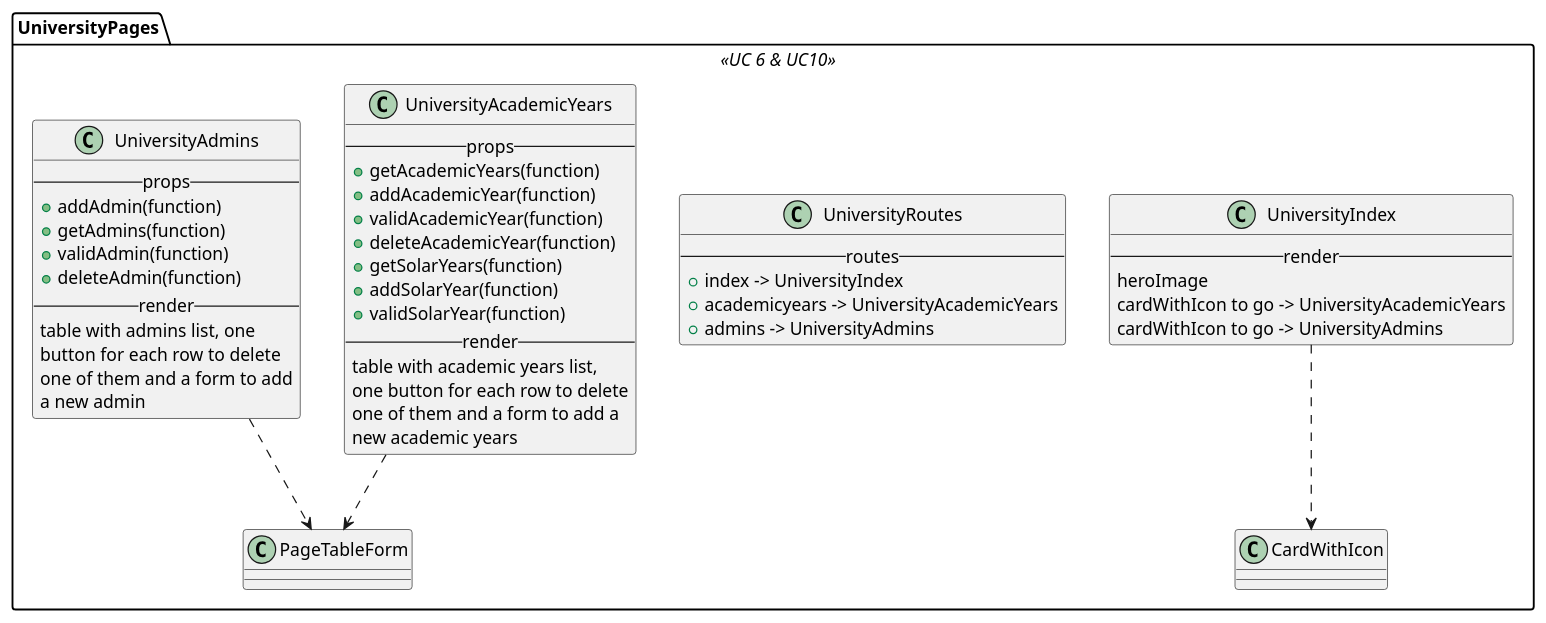
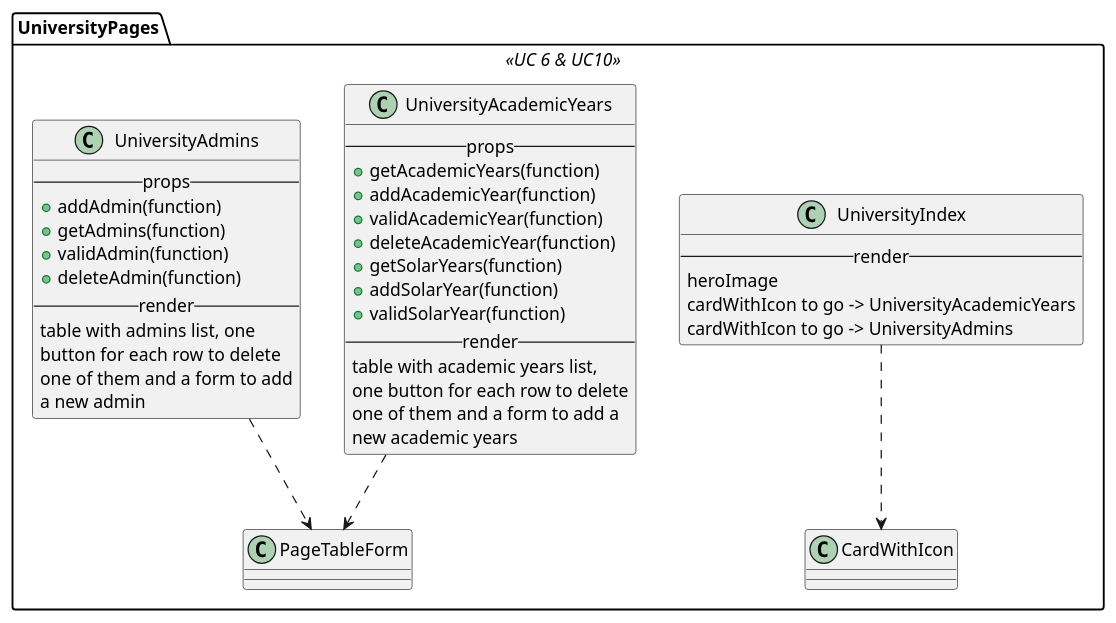
Before and after one commit to M9k/Marvin-Uml: the diagram in react/university/index.iuml, drawn with PlantUML. The commit also changed 11 other files, not shown here.

```diff
--- a/react/university/index.iuml
+++ b/react/university/index.iuml
@@ -1,51 +1,44 @@
 package UniversityPages <<UC 6 & UC10>> {
 
 class UniversityIndex {
     --render--
         heroImage
         cardWithIcon to go -> UniversityAcademicYears
         cardWithIcon to go -> UniversityAdmins
 }
 UniversityIndex ..> CardWithIcon
-
-class UniversityRoutes {
-    --routes--
-        + index -> UniversityIndex
-        + academicyears -> UniversityAcademicYears
-        + admins -> UniversityAdmins
-}
 
 class UniversityAcademicYears {
     --props--
         + getAcademicYears(function)
         + addAcademicYear(function)
         + validAcademicYear(function)
         + deleteAcademicYear(function)
         + getSolarYears(function)
         + addSolarYear(function)
         + validSolarYear(function)
     --render--
     table with academic years list,
      one button for each row to delete
      one of them and a form to add a
      new academic years
 }
 UniversityAcademicYears ..> PageTableForm
 
 
 class UniversityAdmins {
     --props--
         + addAdmin(function)
         + getAdmins(function)
         + validAdmin(function)
         + deleteAdmin(function)
     --render--
     table with admins list, one
     button for each row to delete
     one of them and a form to add
     a new admin
 }
 UniversityAdmins ..> PageTableForm
 
 
 }
```
